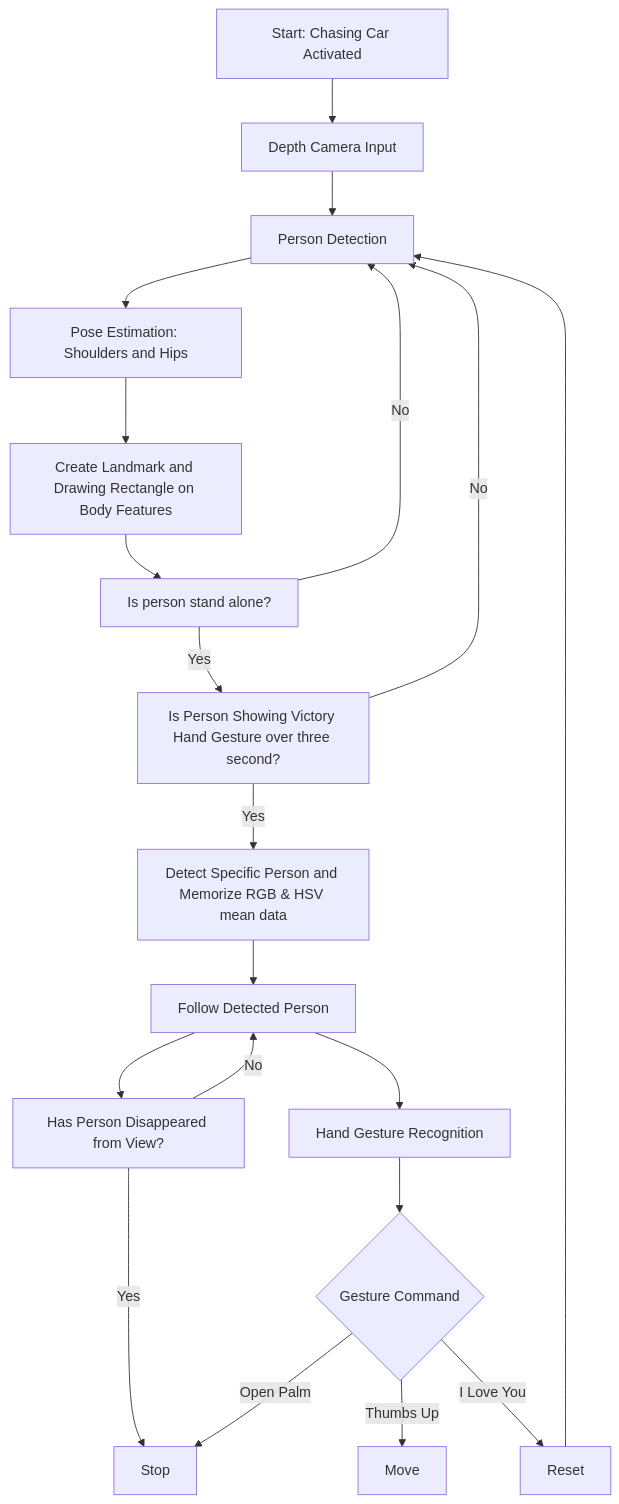
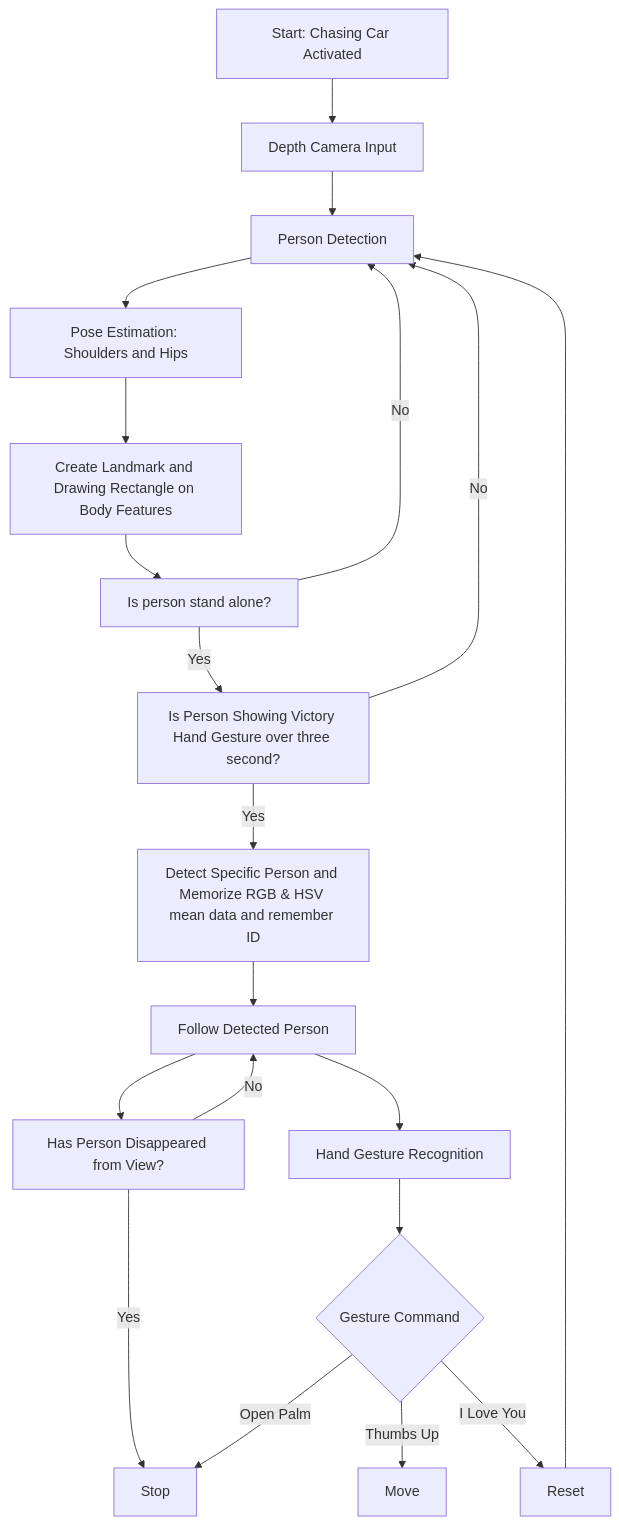
Before and after one commit to KEG012/openvino-AI-project: the second of 2 diagrams in README.md, drawn with Mermaid.

````diff
--- a/README.md
+++ b/README.md
@@ -34,22 +34,22 @@
 ```mermaid
 flowchart TD
     A[Start: Chasing Car Activated] --> B[Depth Camera Input]
     B --> C[Person Detection]
     C --> D[Pose Estimation: Shoulders and Hips]
     D --> E[Create Landmark and Drawing Rectangle on Body Features]
     E --> F[Is person stand alone?]
     F -- Yes --> G[Is Person Showing Victory Hand Gesture over three second?]
     F -- No --> C
-    G -- Yes --> H[Detect Specific Person and Memorize RGB & HSV mean data]
+    G -- Yes --> H[Detect Specific Person and Memorize RGB & HSV mean data and remember ID]
     G -- No --> C
     H --> I[Follow Detected Person]
     I --> J[Hand Gesture Recognition]
     I --> Q[Has Person Disappeared from View?]
     Q -- Yes --> M[Stop]
     Q -- No --> I
     J --> K{Gesture Command}
     K -- Open Palm --> M[Stop]
     K -- Thumbs Up--> N[Move]
     K -- I Love You --> L[Reset]
     L --> C
 ```
````
